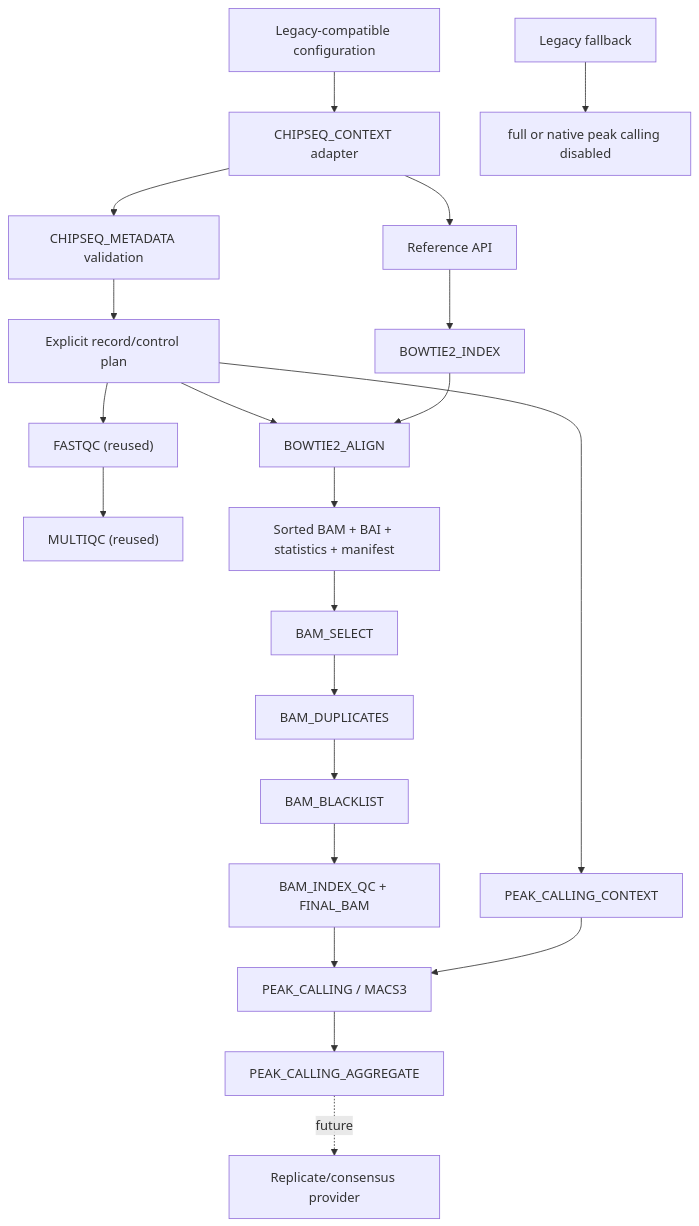
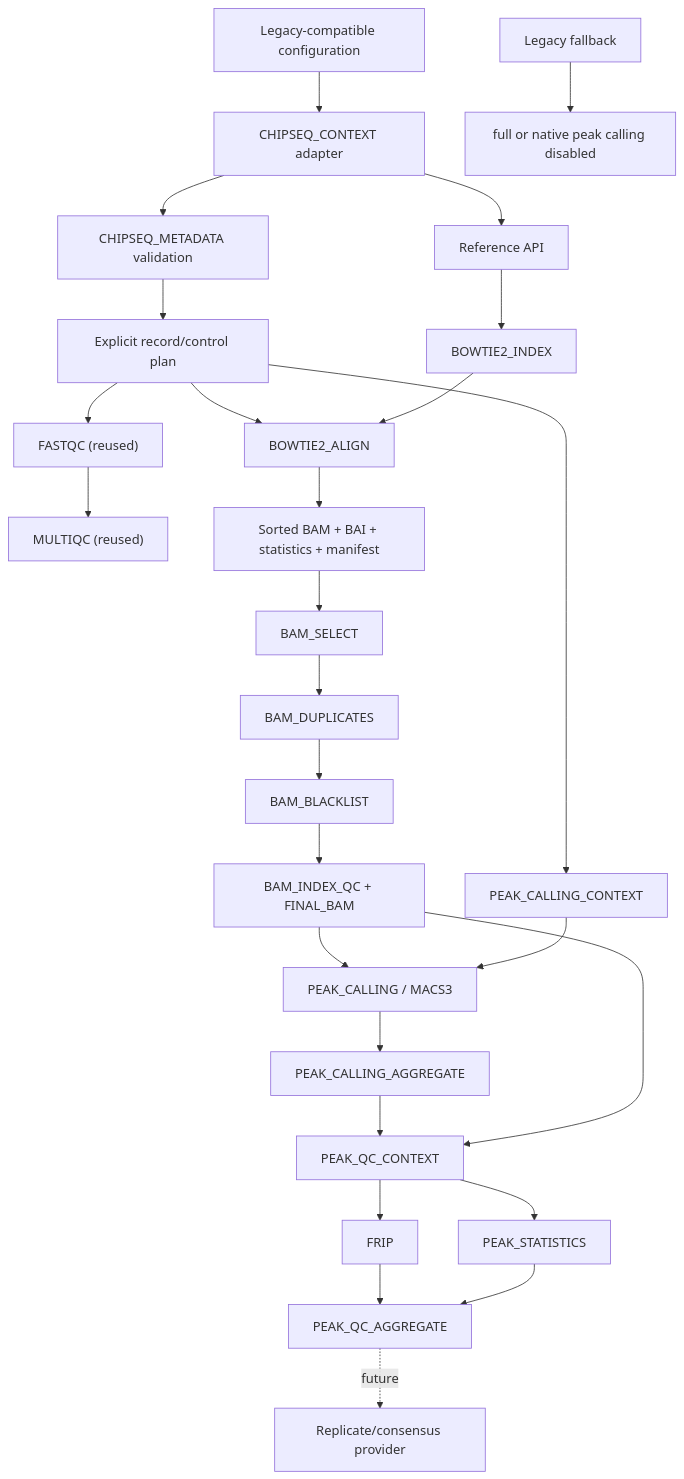
The diagram in docs/chipseq-architecture.md (GMiguelAlves/HelixForge), drawn with Mermaid before and after one commit. The commit also changed other lines of this file and 8 other files, not shown here.

````diff
--- a/docs/chipseq-architecture.md
+++ b/docs/chipseq-architecture.md
@@ -7,25 +7,31 @@
 ```mermaid
 flowchart TD
     CFG["Legacy-compatible configuration"] --> CTX["CHIPSEQ_CONTEXT adapter"]
     CTX --> META["CHIPSEQ_METADATA validation"]
     META --> PLAN["Explicit record/control plan"]
     PLAN --> FQ["FASTQC (reused)"]
     FQ --> MQ["MULTIQC (reused)"]
     CTX --> REF["Reference API"]
     REF --> BI["BOWTIE2_INDEX"]
     PLAN --> BA["BOWTIE2_ALIGN"]
     BI --> BA
     BA --> BAM["Sorted BAM + BAI + statistics + manifest"]
 
     BAM --> SEL["BAM_SELECT"]
     SEL --> DUP["BAM_DUPLICATES"]
     DUP --> BL["BAM_BLACKLIST"]
     BL --> FINAL["BAM_INDEX_QC + FINAL_BAM"]
     PLAN --> PCTX["PEAK_CALLING_CONTEXT"]
     FINAL --> PC["PEAK_CALLING / MACS3"]
     PCTX --> PC
     PC --> PAGG["PEAK_CALLING_AGGREGATE"]
-    PAGG -. future .-> CONS["Replicate/consensus provider"]
+    PAGG --> PQC["PEAK_QC_CONTEXT"]
+    FINAL --> PQC
+    PQC --> FRIP["FRIP"]
+    PQC --> PSTAT["PEAK_STATISTICS"]
+    FRIP --> QAGG["PEAK_QC_AGGREGATE"]
+    PSTAT --> QAGG
+    QAGG -. future .-> CONS["Replicate/consensus provider"]
 
     LEG["Legacy fallback"] --> FULL["full or native peak calling disabled"]
 ```
````
